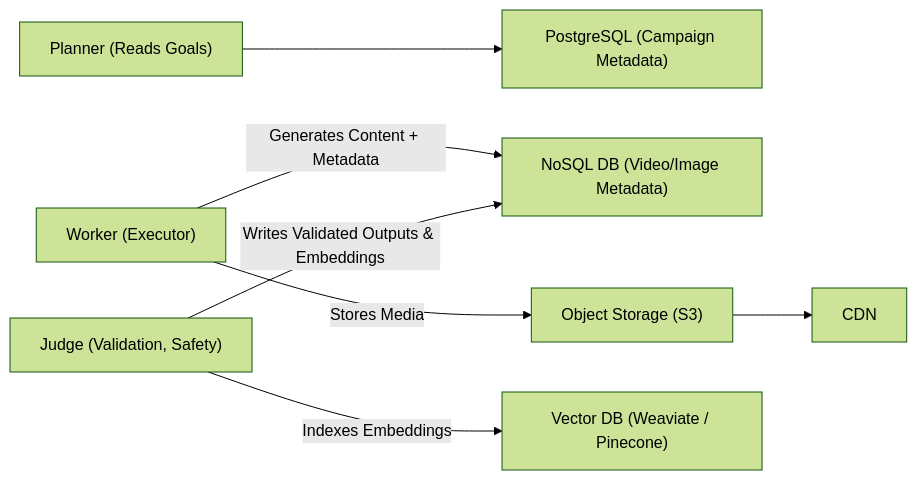
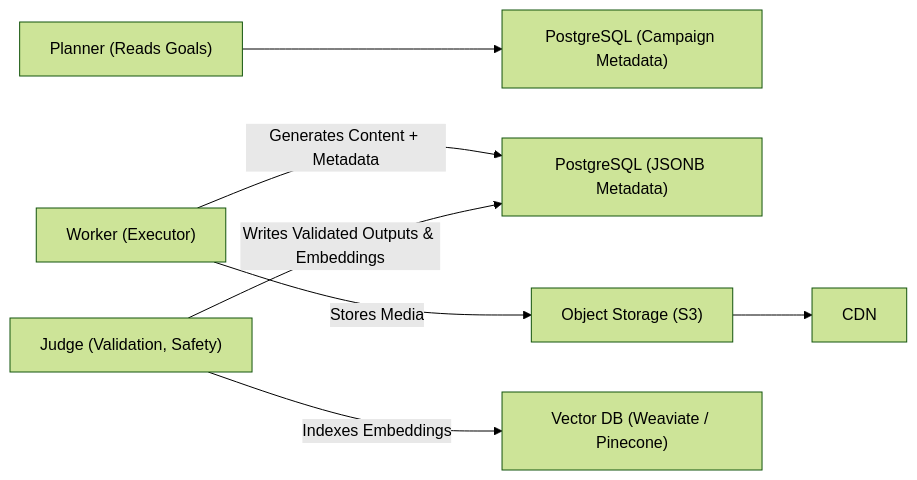
The third of 3 diagrams in research/architecture_strategy.md (Mistire/10-academy-trp1-challenge-3), drawn with Mermaid (forest theme) before and after one commit. The commit also changed other lines of this file and 15 other files, not shown here.

````diff
--- a/research/architecture_strategy.md
+++ b/research/architecture_strategy.md
@@ -88,9 +88,9 @@
 ```mermaid
 flowchart LR
     P["Planner (Reads Goals)"] --> SQL["PostgreSQL (Campaign Metadata)"]
-    W["Worker (Executor)"] -->|Generates Content + Metadata| NS["NoSQL DB (Video/Image Metadata)"]
+    W["Worker (Executor)"] -->|Generates Content + Metadata| JB["PostgreSQL (JSONB Metadata)"]
     W -->|Stores Media| S3["Object Storage (S3)"]
-    J["Judge (Validation, Safety)"] -->|Writes Validated Outputs & Embeddings| NS
+    J["Judge (Validation, Safety)"] -->|Writes Validated Outputs & Embeddings| JB
     J -->|Indexes Embeddings| VDB["Vector DB (Weaviate / Pinecone)"]
     S3 --> CDN["CDN"]
 ```
````
